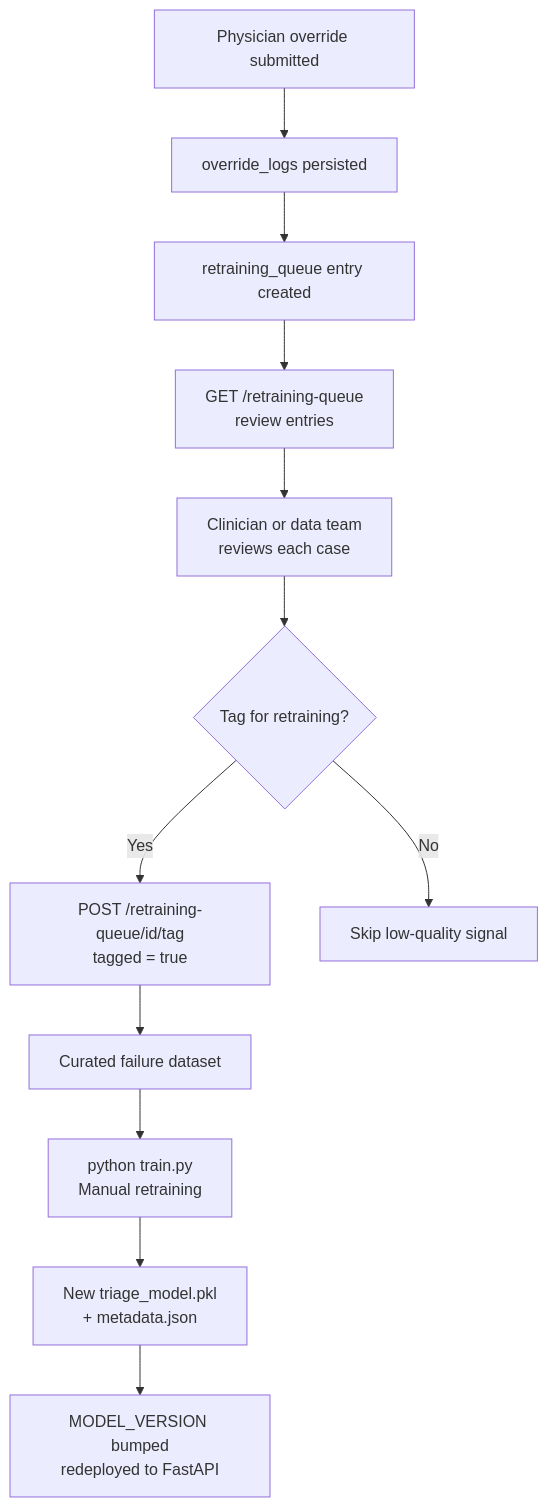
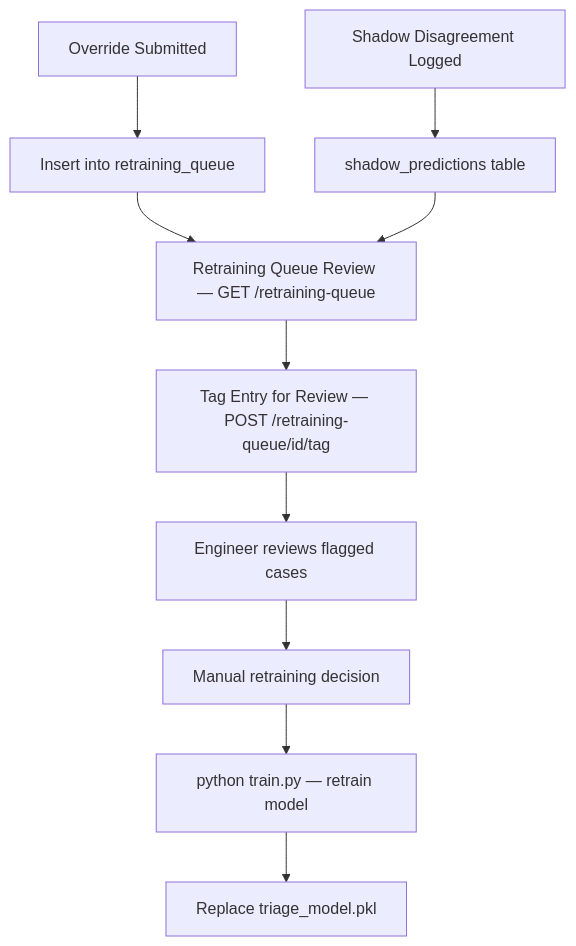
The fifth of 5 diagrams in README.md (JeeniaBasu/TriageFlow-AI), drawn with Mermaid before and after one commit. The commit also changed other lines of this file, not shown here.

First line of the commit message:
Revise README for TriageFlow AI project

````diff
--- a/README.md
+++ b/README.md
@@ -372,14 +228,12 @@
 ```mermaid
 flowchart TD
-    A[Physician override submitted] --> B[override_logs persisted]
-    B --> C[retraining_queue entry created]
-    C --> D[GET /retraining-queue\nreview entries]
-    D --> E[Clinician or data team\nreviews each case]
-    E --> F{Tag for retraining?}
-    F -->|Yes| G[POST /retraining-queue/id/tag\ntagged = true]
-    F -->|No| H[Skip low-quality signal]
-    G --> I[Curated failure dataset]
-    I --> J[python train.py\nManual retraining]
-    J --> K[New triage_model.pkl\n+ metadata.json]
-    K --> L[MODEL_VERSION bumped\nredeployed to FastAPI]
+    A[Override Submitted] --> B[Insert into retraining_queue]
+    C[Shadow Disagreement Logged] --> D[shadow_predictions table]
+    B --> E[Retraining Queue Review — GET /retraining-queue]
+    D --> E
+    E --> F[Tag Entry for Review — POST /retraining-queue/id/tag]
+    F --> G[Engineer reviews flagged cases]
+    G --> H[Manual retraining decision]
+    H --> I[python train.py — retrain model]
+    I --> J[Replace triage_model.pkl]
 ```
````
